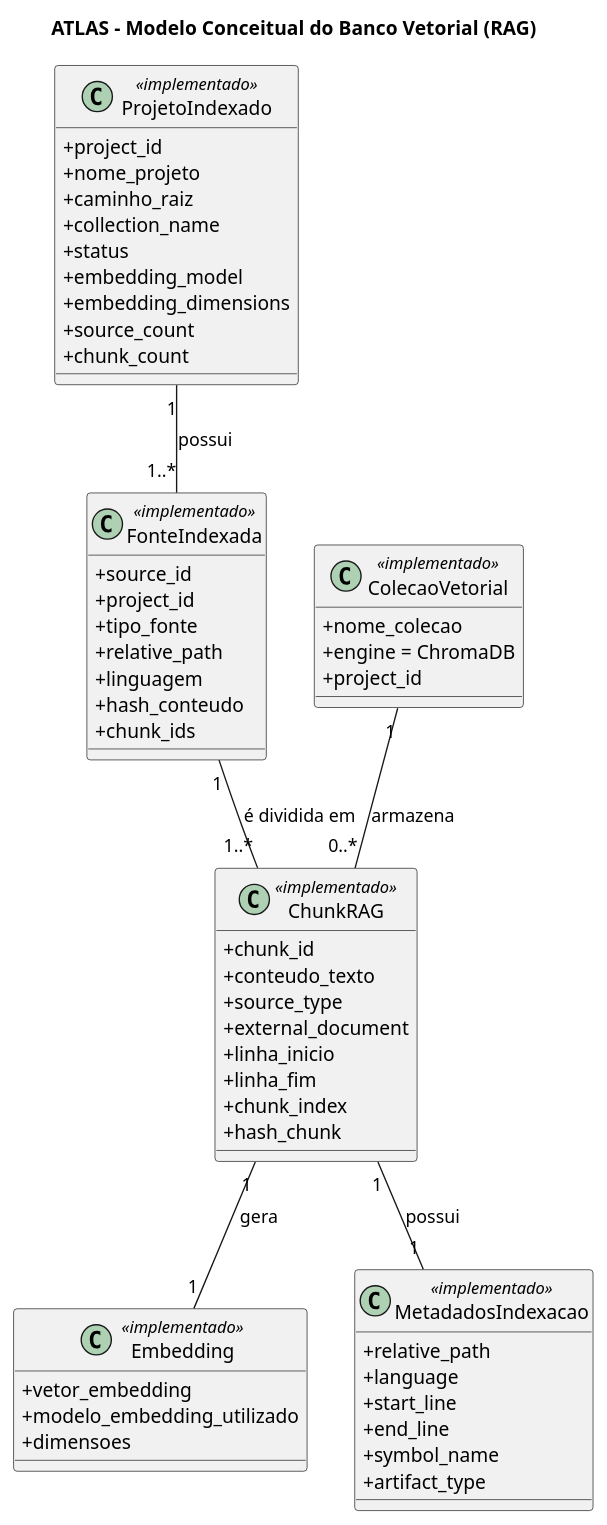
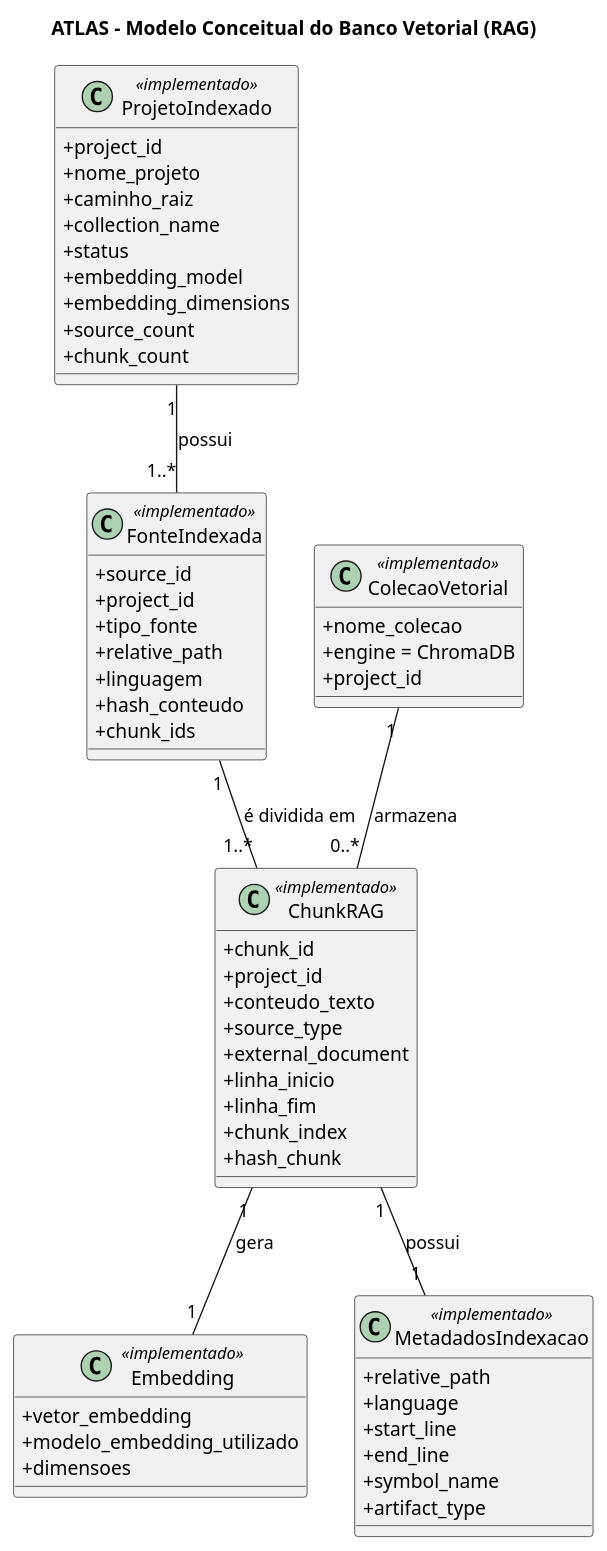
The sixth of 7 diagrams in docs/plantuml-diagramas-gerais-atlas.md (JVictorVI/ATLAS), drawn with PlantUML before and after one commit. The commit also changed other lines of this file and 34 other files, not shown here.

````diff
--- a/docs/plantuml-diagramas-gerais-atlas.md
+++ b/docs/plantuml-diagramas-gerais-atlas.md
@@ -891,68 +909,69 @@
 ```plantuml
 @startuml
 skinparam shadowing false
 skinparam classAttributeIconSize 0
 skinparam packageStyle rectangle
 title ATLAS - Modelo Conceitual do Banco Vetorial (RAG)
 
 class ProjetoIndexado <<implementado>> {
   +project_id
   +nome_projeto
   +caminho_raiz
   +collection_name
   +status
   +embedding_model
   +embedding_dimensions
   +source_count
   +chunk_count
 }
 
 class FonteIndexada <<implementado>> {
   +source_id
   +project_id
   +tipo_fonte
   +relative_path
   +linguagem
   +hash_conteudo
   +chunk_ids
 }
 
 class ChunkRAG <<implementado>> {
   +chunk_id
+  +project_id
   +conteudo_texto
   +source_type
   +external_document
   +linha_inicio
   +linha_fim
   +chunk_index
   +hash_chunk
 }
 
 class Embedding <<implementado>> {
   +vetor_embedding
   +modelo_embedding_utilizado
   +dimensoes
 }
 
 class MetadadosIndexacao <<implementado>> {
   +relative_path
   +language
   +start_line
   +end_line
   +symbol_name
   +artifact_type
 }
 
 class ColecaoVetorial <<implementado>> {
   +nome_colecao
   +engine = ChromaDB
   +project_id
 }
 
 ProjetoIndexado "1" -- "1..*" FonteIndexada : possui
 FonteIndexada "1" -- "1..*" ChunkRAG : é dividida em
 ChunkRAG "1" -- "1" Embedding : gera
 ChunkRAG "1" -- "1" MetadadosIndexacao : possui
 ColecaoVetorial "1" -- "0..*" ChunkRAG : armazena
 @enduml
 ```
````
